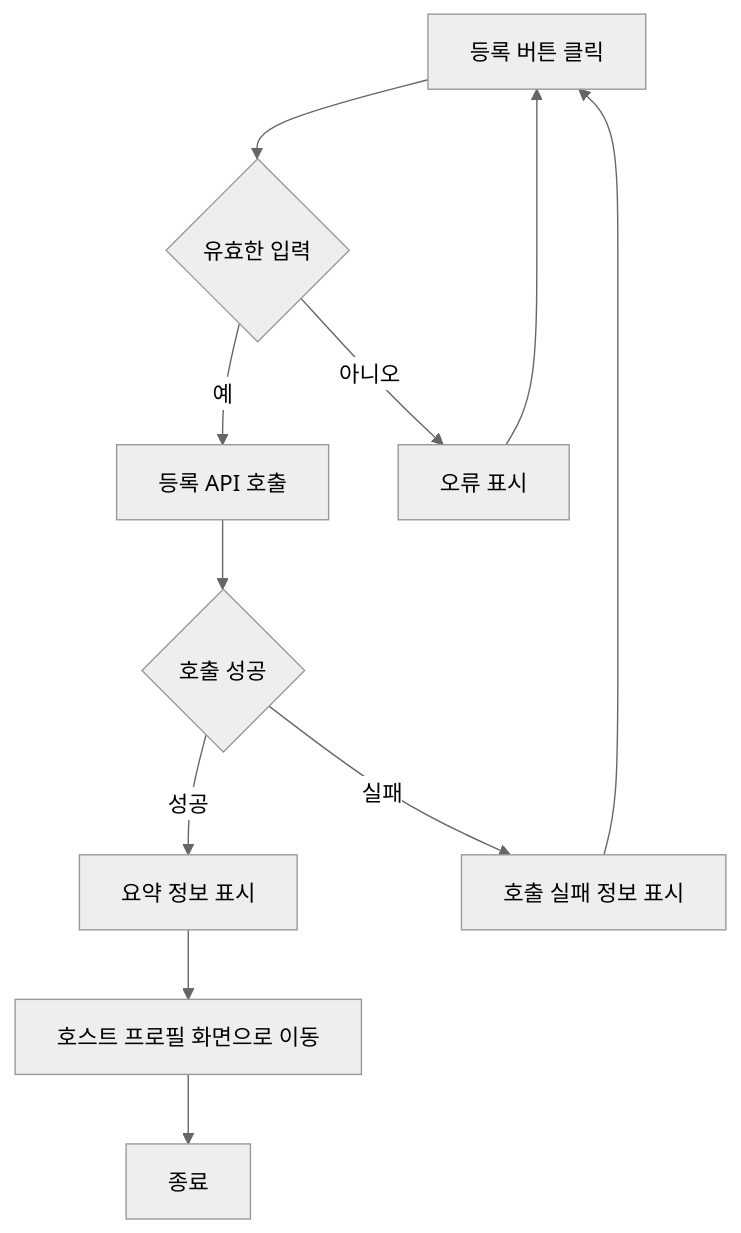
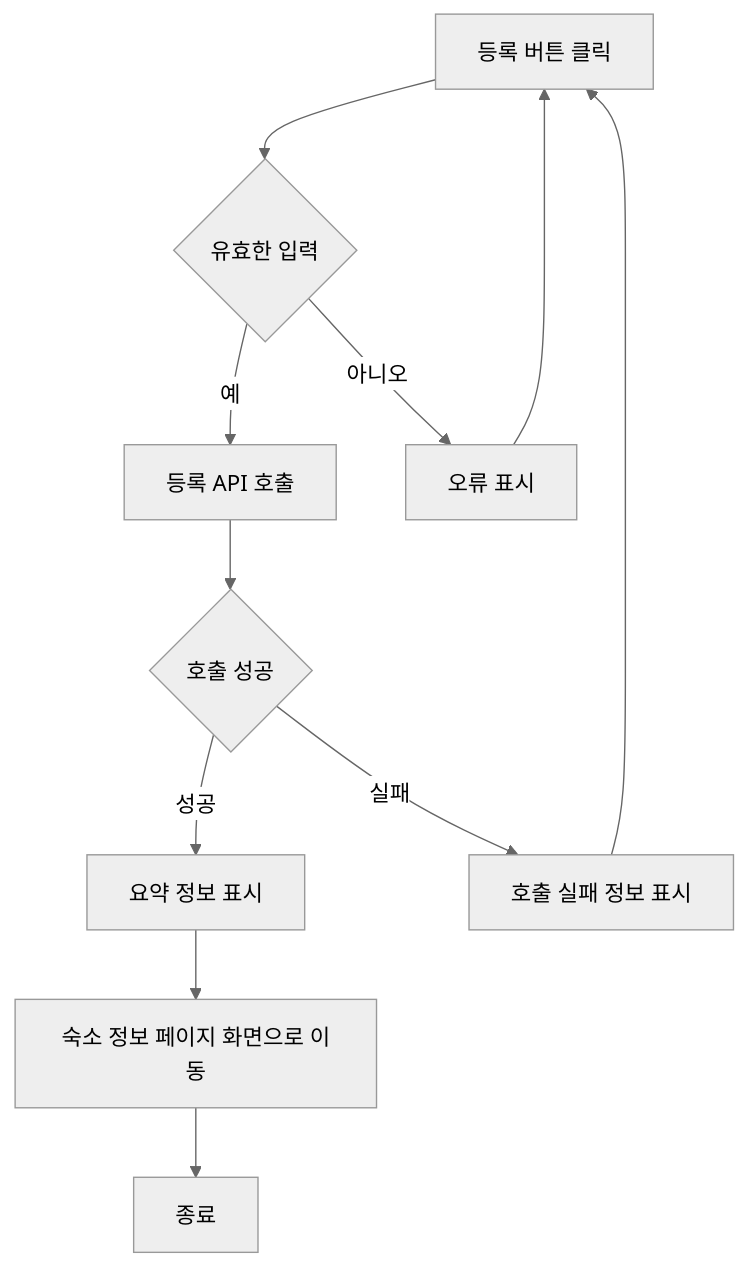
One commit to red-dev-Mark/devcamp-onboarding-project-Team-2 changed the first of 2 diagrams in design/기능정의서.md. Above: the diagram before and after it, drawn with Mermaid (neutral theme). The commit also changed other lines of this file, not shown here.

````diff
--- a/design/기능정의서.md
+++ b/design/기능정의서.md
@@ -75,13 +100,13 @@
 ```mermaid
 flowchart TD
     A[등록 버튼 클릭] --> B[입력 항목 유효성 검증]
     B{유효한 입력} -- 예 --> C[등록 API 호출]
     B{유효한 입력} -- 아니오 --> D[오류 표시]
     D --> A
     C --> E{호출 성공}
     E -- 성공 --> F[요약 정보 표시]
-    F --> G[호스트 프로필 화면으로 이동]
+    F --> G[숙소 정보 페이지 화면으로 이동]
     E -- 실패 --> H[호출 실패 정보 표시]
     H --> A
     G --> Z[종료]
 ```
````
